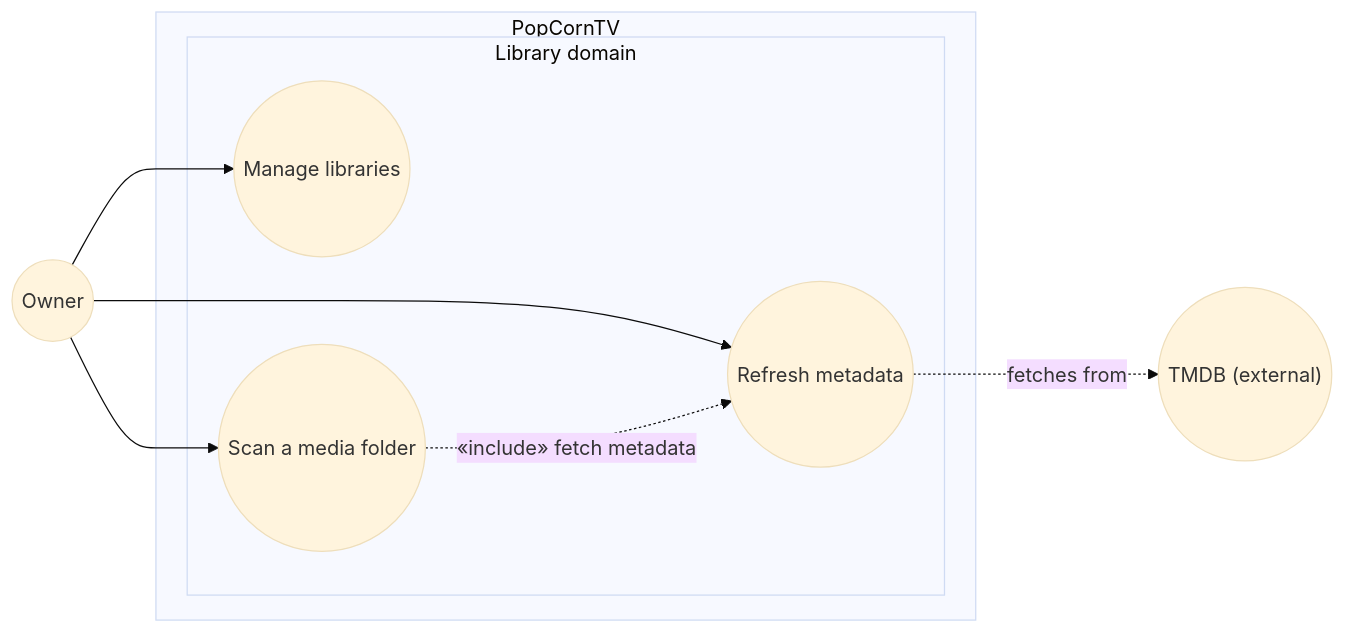
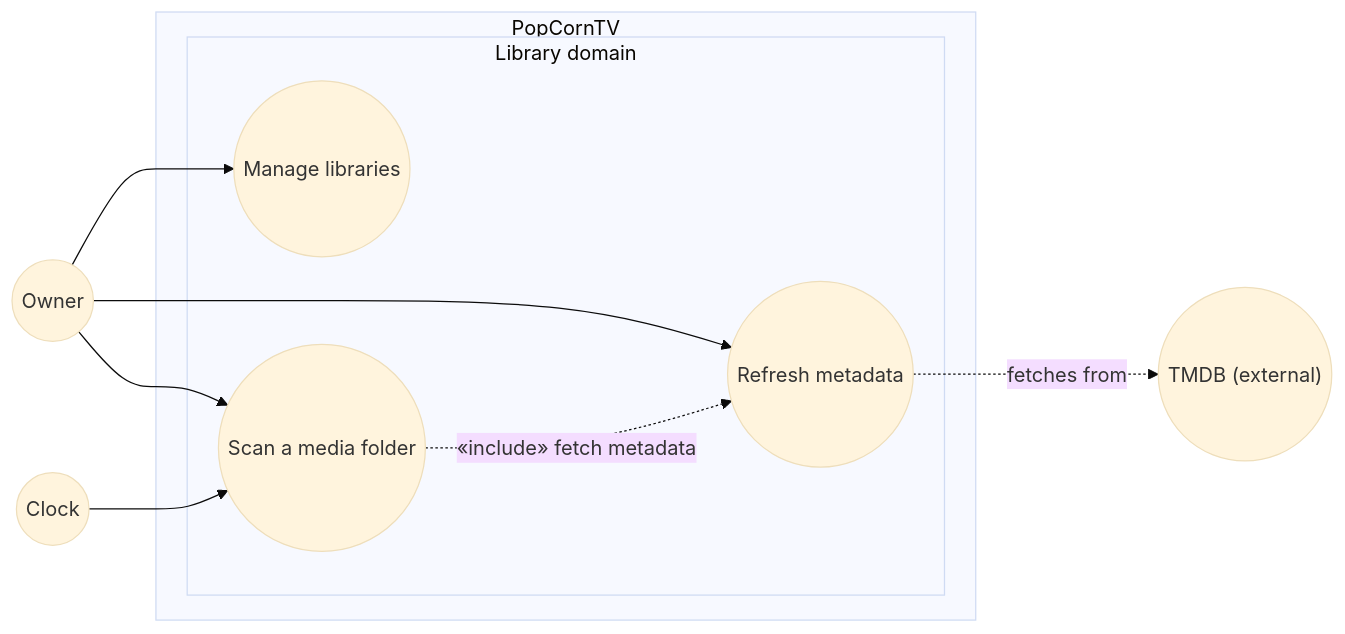
Before and after one commit to benoit-bremaud/popcorntv: the diagram in docs/architecture/diagrams/library/01-use-case.md, drawn with Mermaid (base theme). The commit also changed other lines of this file and 16 other files, not shown here.

````diff
--- a/docs/architecture/diagrams/library/01-use-case.md
+++ b/docs/architecture/diagrams/library/01-use-case.md
@@ -13,17 +13,19 @@
 ```mermaid
 flowchart LR
   Owner((Owner))
   TMDB(("TMDB (external)"))
+  Clock((Clock))
   subgraph SYSTEM ["PopCornTV"]
     subgraph Library ["Library domain"]
       UC21(("Manage libraries"))
       UC1(("Scan a media folder"))
       UC2(("Refresh metadata"))
     end
   end
   Owner --> UC21
   Owner --> UC1
+  Clock --> UC1
   Owner --> UC2
   UC1 -.->|"«include» fetch metadata"| UC2
   UC2 -.->|"fetches from"| TMDB
 ```
````
